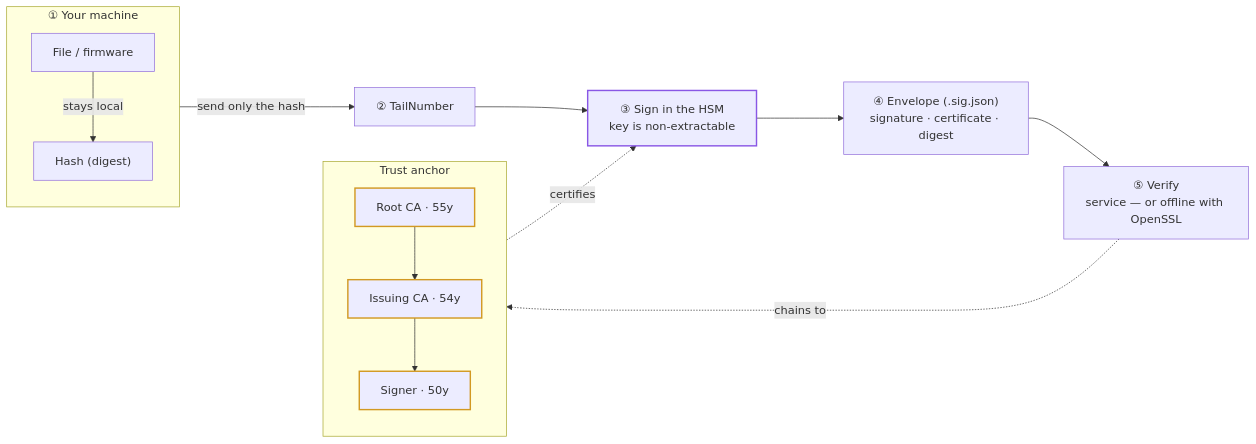
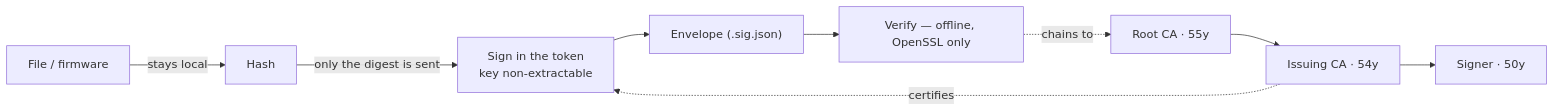
The diagram in README.md (rayketcham-lab/tailnumber), drawn with Mermaid before and after one commit. The commit also changed other lines of this file and 5 other files, not shown here.

````diff
--- a/README.md
+++ b/README.md
@@ -108,22 +77,10 @@
 ```mermaid
 flowchart LR
-  subgraph IN["① Your machine"]
-    direction TB
-    F["File / firmware"]
-    H["Hash (digest)"]
-    F -->|"stays local"| H
-  end
-  H -->|"send only the hash"| API["② TailNumber"]
-  API --> HSM["③ Sign in the HSM<br/>key is non-extractable"]
-  HSM --> ENV["④ Envelope (.sig.json)<br/>signature · certificate · digest"]
-  ENV --> VER["⑤ Verify<br/>service — or offline with OpenSSL"]
-  subgraph CA["Trust anchor"]
-    R["Root CA · 55y"] --> IS["Issuing CA · 54y"] --> LC["Signer · 50y"]
-  end
-  CA -. certifies .-> HSM
-  VER -. chains to .-> CA
-  classDef anchor stroke:#d29922,stroke-width:2px;
-  classDef hw stroke:#8957e5,stroke-width:2px;
-  class R,IS,LC anchor;
-  class HSM hw;
+  F["File / firmware"] -->|"stays local"| H["Hash"]
+  H -->|"only the digest is sent"| S["Sign in the token<br/>key non-extractable"]
+  S --> E["Envelope (.sig.json)"]
+  E --> V["Verify — offline, OpenSSL only"]
+  R["Root CA · 55y"] --> I["Issuing CA · 54y"] --> L["Signer · 50y"]
+  I -. certifies .-> S
+  V -. chains to .-> R
 ```
````
